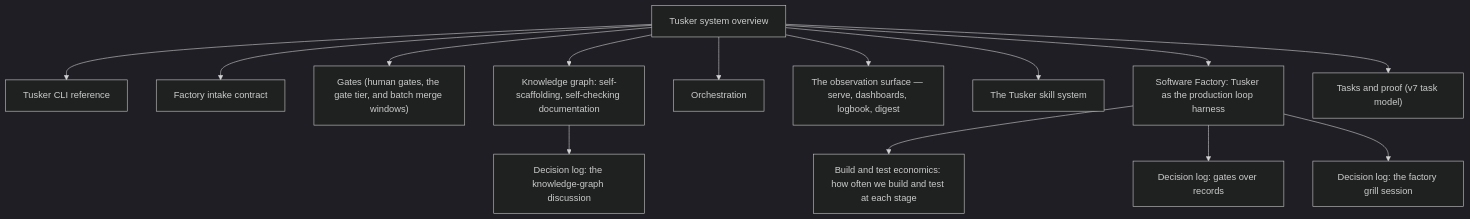
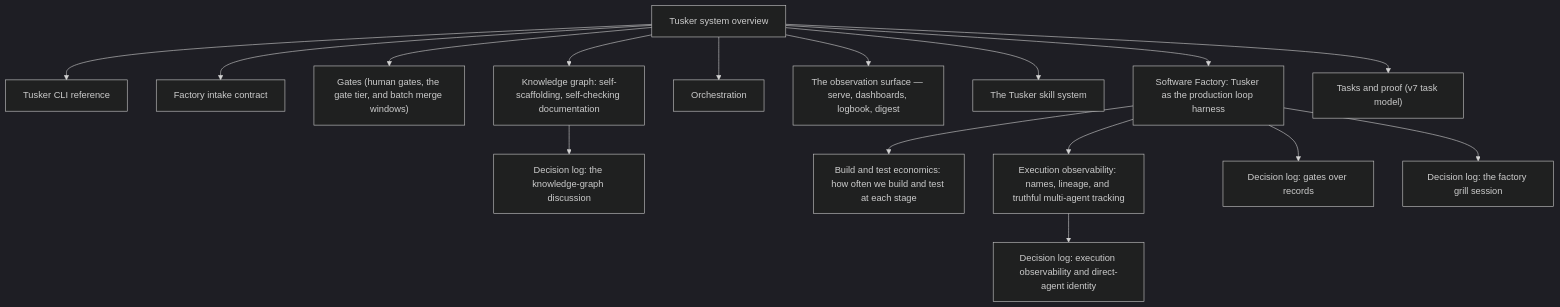
One commit to srv1n/tusker changed the second of 2 diagrams in docs/system/00-overview.md. Above: the diagram before and after it, drawn with Mermaid (dark theme). The commit also changed 385 other files, not shown here.

Commit message:
Integrate execution observability and Serve redesign

````diff
--- a/docs/system/00-overview.md
+++ b/docs/system/00-overview.md
@@ -97,30 +97,34 @@
 ```mermaid
 graph TD
   n_build_and_test_economics["Build and test economics: how often we build and test at each stage"]
   n_cli["Tusker CLI reference"]
+  n_execution_observability["Execution observability: names, lineage, and truthful multi-agent tracking"]
+  n_execution_observability_grill["Decision log: execution observability and direct-agent identity"]
   n_factory_intake["Factory intake contract"]
   n_gates["Gates (human gates, the gate tier, and batch merge windows)"]
   n_gates_over_records["Decision log: gates over records"]
   n_knowledge_graph["Knowledge graph: self-scaffolding, self-checking documentation"]
   n_knowledge_graph_grill["Decision log: the knowledge-graph discussion"]
   n_orchestration["Orchestration"]
   n_overview["Tusker system overview"]
   n_serve_ui["The observation surface — serve, dashboards, logbook, digest"]
   n_skills["The Tusker skill system"]
   n_software_factory["Software Factory: Tusker as the production loop harness"]
   n_software_factory_grill["Decision log: the factory grill session"]
   n_tasks_and_proof["Tasks and proof (v7 task model)"]
   n_software_factory --> n_build_and_test_economics
   n_overview --> n_cli
+  n_software_factory --> n_execution_observability
+  n_execution_observability --> n_execution_observability_grill
   n_overview --> n_factory_intake
   n_overview --> n_gates
   n_software_factory --> n_gates_over_records
   n_overview --> n_knowledge_graph
   n_knowledge_graph --> n_knowledge_graph_grill
   n_overview --> n_orchestration
   n_overview --> n_serve_ui
   n_overview --> n_skills
   n_overview --> n_software_factory
   n_software_factory --> n_software_factory_grill
   n_overview --> n_tasks_and_proof
 ```
````
